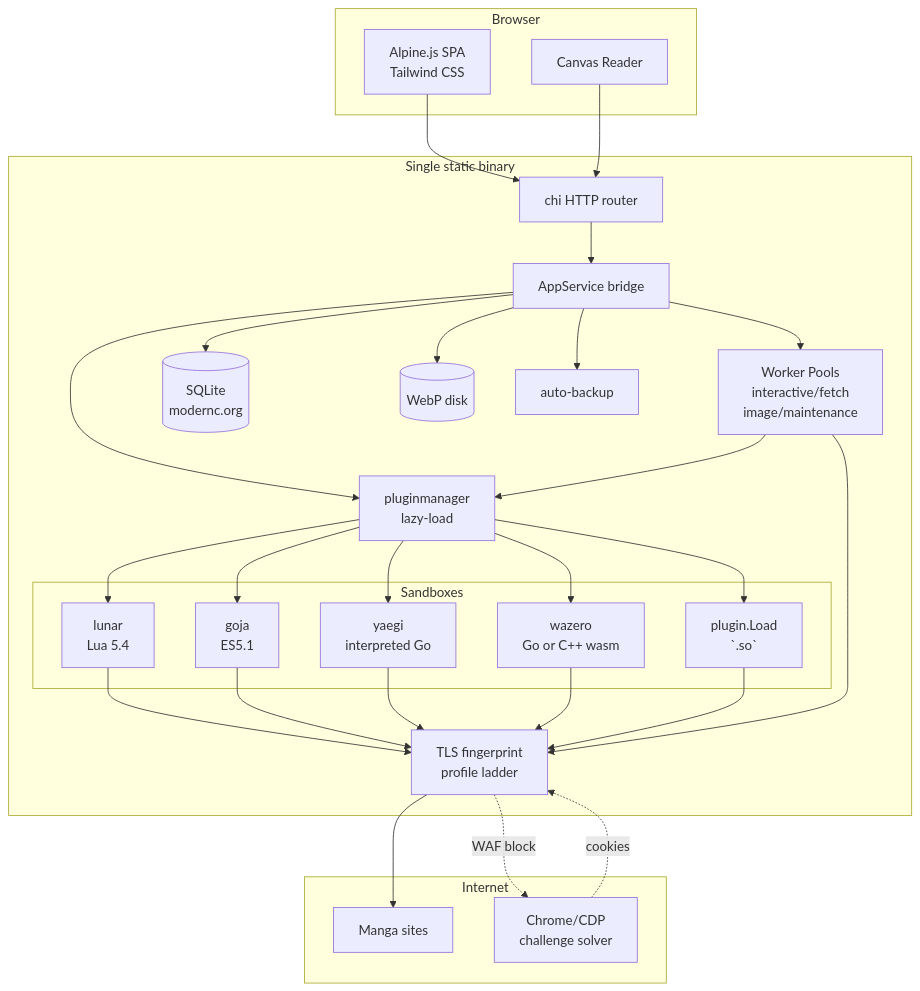
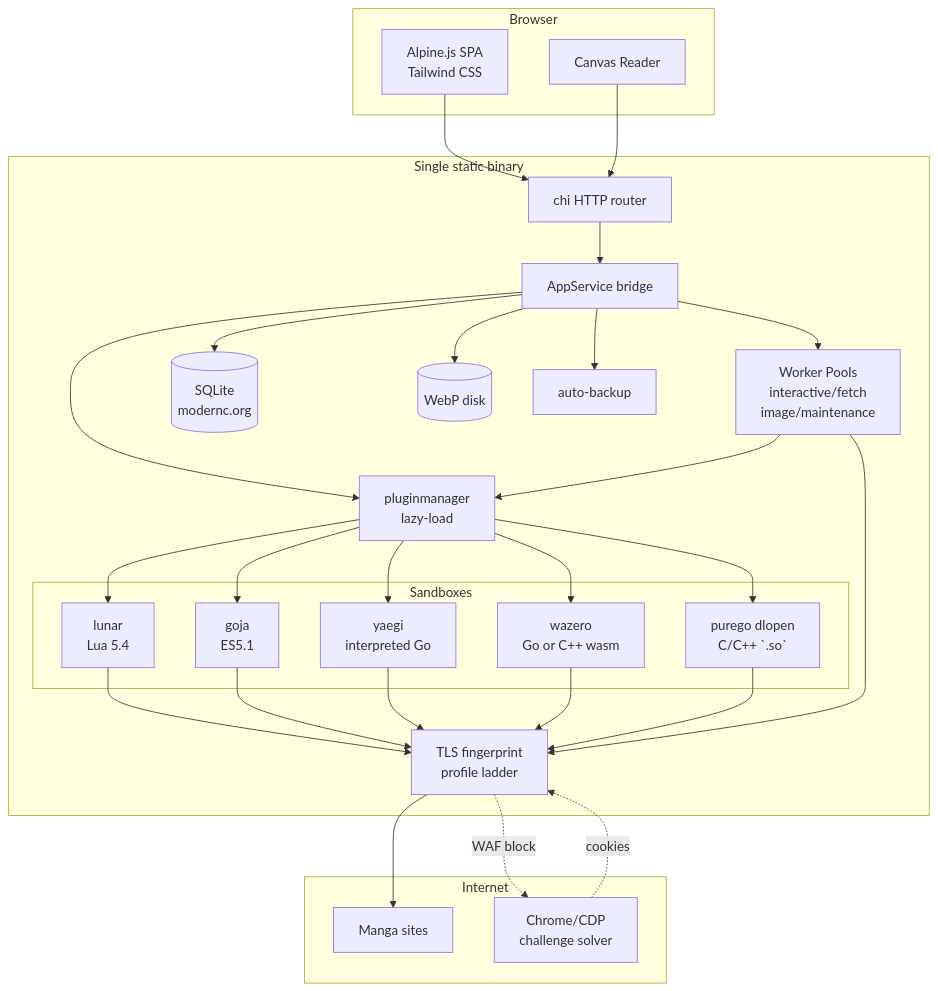
One commit to kenzanin/goIsekai changed the first of 4 diagrams in README.md. Above: the diagram before and after it, drawn with Mermaid. The commit also changed other lines of this file and 21 other files, not shown here.

````diff
--- a/README.md
+++ b/README.md
@@ -13,54 +13,54 @@
 ```mermaid
 flowchart TD
     subgraph Browser
         UI[Alpine.js SPA<br/>Tailwind CSS]
         Reader[Canvas Reader]
     end
 
     subgraph goIsekai[Single static binary]
         HTTP[chi HTTP router]
         Bridge[AppService bridge]
         PM[pluginmanager<br/>lazy-load]
         subgraph Sandboxes
             Lua[lunar<br/>Lua 5.4]
             JS[goja<br/>ES5.1]
             YG[yaegi<br/>interpreted Go]
             WASM[wazero<br/>Go or C++ wasm]
-            GO[plugin.Load<br/>`.so`]
+            GO[purego dlopen<br/>C/C++ `.so`]
         end
         HostNet[TLS fingerprint<br/>profile ladder]
         Workers[Worker Pools<br/>interactive/fetch<br/>image/maintenance]
         DB[(SQLite<br/>modernc.org)]
         Cache[(WebP disk)]
         Backup[auto-backup]
     end
 
     subgraph Internet
         Sites[Manga sites]
         CDP[Chrome/CDP<br/>challenge solver]
     end
 
     UI --> HTTP
     Reader --> HTTP
     HTTP --> Bridge
     Bridge --> PM
     PM --> Lua
     PM --> JS
     PM --> YG
     PM --> WASM
     PM --> GO
     Lua --> HostNet
     JS --> HostNet
     YG --> HostNet
     WASM --> HostNet
     GO --> HostNet
     HostNet --> Sites
     HostNet -.->|WAF block| CDP
     CDP -.->|cookies| HostNet
     Bridge --> Workers
     Workers --> PM
     Workers --> HostNet
     Bridge --> DB
     Bridge --> Cache
     Bridge --> Backup
 ```
````
